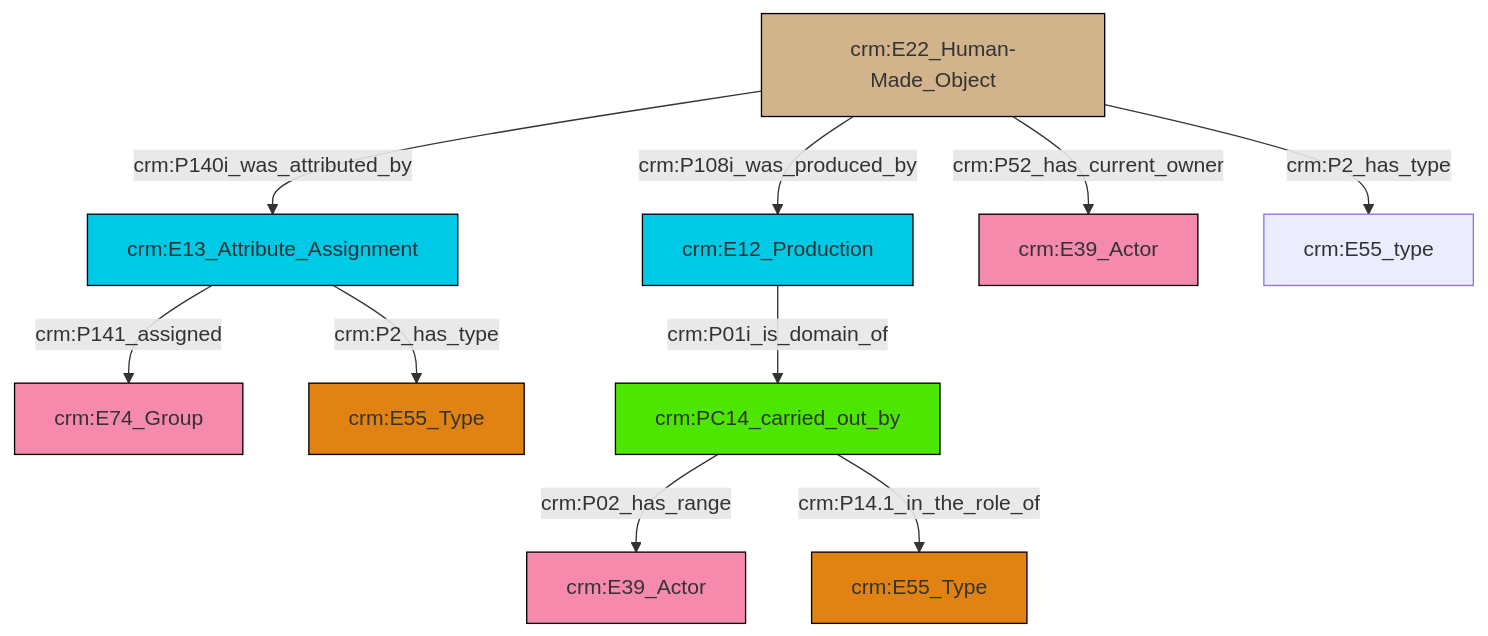
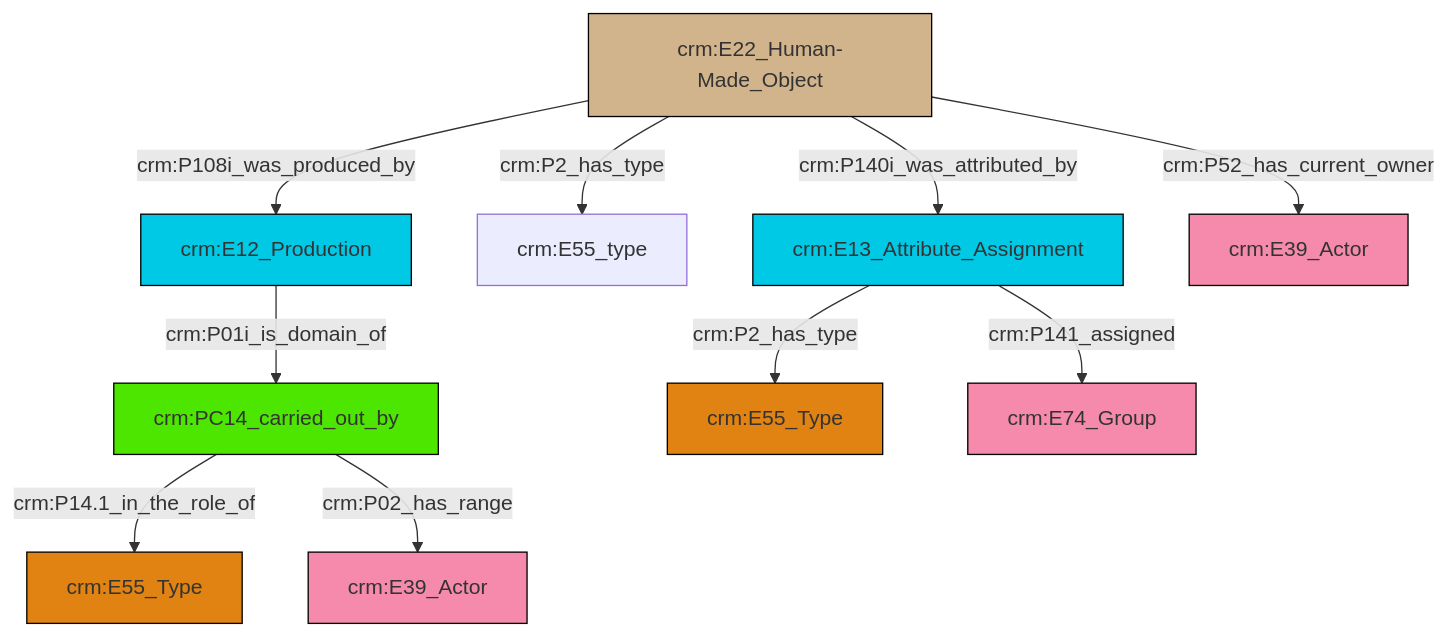
One commit to swiss-art-research-net/reference-data-models changed the diagram in et/builtWorkCSV/ttl/mmd/Built_Work_actor_relations.ttl.mmd. Above: the diagram before and after it, drawn with Mermaid. The commit also changed 153 other files, not shown here.

```diff
--- a/et/builtWorkCSV/ttl/mmd/Built_Work_actor_relations.ttl.mmd
+++ b/et/builtWorkCSV/ttl/mmd/Built_Work_actor_relations.ttl.mmd
@@ -1,24 +1,24 @@
 graph TD
 classDef Literal fill:#f2f2f2,stroke:#000000;
 classDef CRM_Entity fill:#FFFFFF,stroke:#000000;
 classDef Temporal_Entity fill:#00C9E6, stroke:#000000;
 classDef Type fill:#E18312, stroke:#000000;
 classDef Time-Span fill:#2C9C91, stroke:#000000;
 classDef Appellation fill:#FFEB7F, stroke:#000000;
 classDef Place fill:#008836, stroke:#000000;
 classDef Persistent_Item fill:#B266B2, stroke:#000000;
 classDef Conceptual_Object fill:#FFD700, stroke:#000000;
 classDef Physical_Thing fill:#D2B48C, stroke:#000000;
 classDef Actor fill:#f58aad, stroke:#000000;
 classDef PC_Classes fill:#4ce600, stroke:#000000;
 classDef Multi fill:#cccccc,stroke:#000000;
 
-2["crm:E13_Attribute_Assignment"]:::Temporal_Entity -->|crm:P141_assigned| 3["crm:E74_Group"]:::Actor
-2["crm:E13_Attribute_Assignment"]:::Temporal_Entity -->|crm:P2_has_type| 8["crm:E55_Type"]:::Type
-4["crm:E12_Production"]:::Temporal_Entity -->|crm:P01i_is_domain_of| 11["crm:PC14_carried_out_by"]:::PC_Classes
-9["crm:E22_Human-Made_Object"]:::Physical_Thing -->|crm:P140i_was_attributed_by| 2["crm:E13_Attribute_Assignment"]:::Temporal_Entity
-9["crm:E22_Human-Made_Object"]:::Physical_Thing -->|crm:P108i_was_produced_by| 4["crm:E12_Production"]:::Temporal_Entity
-9["crm:E22_Human-Made_Object"]:::Physical_Thing -->|crm:P52_has_current_owner| 6["crm:E39_Actor"]:::Actor
-9["crm:E22_Human-Made_Object"]:::Physical_Thing -->|crm:P2_has_type| 14["crm:E55_type"]:::Default
-11["crm:PC14_carried_out_by"]:::PC_Classes -->|crm:P02_has_range| 16["crm:E39_Actor"]:::Actor
-11["crm:PC14_carried_out_by"]:::PC_Classes -->|crm:P14.1_in_the_role_of| 0["crm:E55_Type"]:::Type
+0["crm:PC14_carried_out_by"]:::PC_Classes -->|crm:P14.1_in_the_role_of| 1["crm:E55_Type"]:::Type
+2["crm:E22_Human-Made_Object"]:::Physical_Thing -->|crm:P2_has_type| 6["crm:E55_type"]:::Default
+2["crm:E22_Human-Made_Object"]:::Physical_Thing -->|crm:P108i_was_produced_by| 7["crm:E12_Production"]:::Temporal_Entity
+2["crm:E22_Human-Made_Object"]:::Physical_Thing -->|crm:P140i_was_attributed_by| 4["crm:E13_Attribute_Assignment"]:::Temporal_Entity
+4["crm:E13_Attribute_Assignment"]:::Temporal_Entity -->|crm:P141_assigned| 15["crm:E74_Group"]:::Actor
+2["crm:E22_Human-Made_Object"]:::Physical_Thing -->|crm:P52_has_current_owner| 17["crm:E39_Actor"]:::Actor
+0["crm:PC14_carried_out_by"]:::PC_Classes -->|crm:P02_has_range| 13["crm:E39_Actor"]:::Actor
+4["crm:E13_Attribute_Assignment"]:::Temporal_Entity -->|crm:P2_has_type| 8["crm:E55_Type"]:::Type
+7["crm:E12_Production"]:::Temporal_Entity -->|crm:P01i_is_domain_of| 0["crm:PC14_carried_out_by"]:::PC_Classes
```
